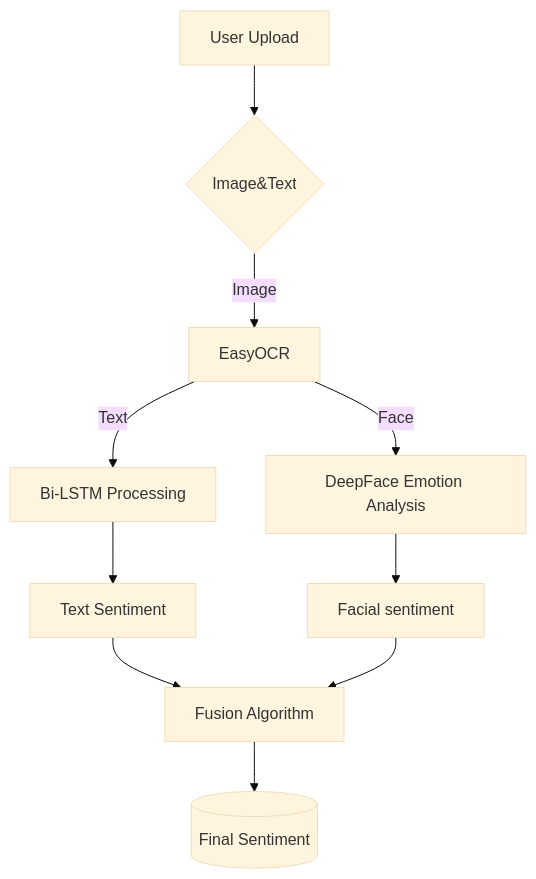
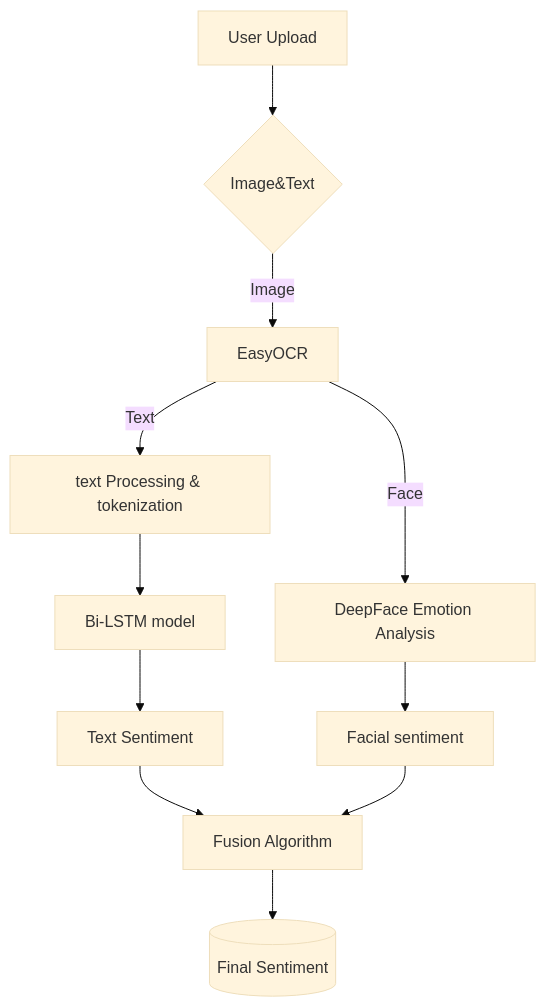
One commit to RohanReddy2003/Sentiment-analysis changed the diagram in README.md. Above: the diagram before and after it, drawn with Mermaid (base theme).

````diff
--- a/README.md
+++ b/README.md
@@ -17,11 +17,12 @@
 ```mermaid
 flowchart TD
     A[User Upload] --> B{Image&Text}
     B -->|Image| C[EasyOCR]
-    C -->|Text| D[Bi-LSTM Processing]
-    D --> E[Text Sentiment]
-    C -->|Face| F[DeepFace Emotion Analysis]
-    F --> G[Facial sentiment]
-    E & G --> H[Fusion Algorithm]
-    H --> I[(Final Sentiment)]
+    C -->|Text| D[text Processing & tokenization]
+    D --> E[Bi-LSTM model]
+    E --> F[Text Sentiment]
+    C -->|Face| G[DeepFace Emotion Analysis]
+    G --> H[Facial sentiment]
+    F & H --> I[Fusion Algorithm]
+    I --> J[(Final Sentiment)]
 ```
````
